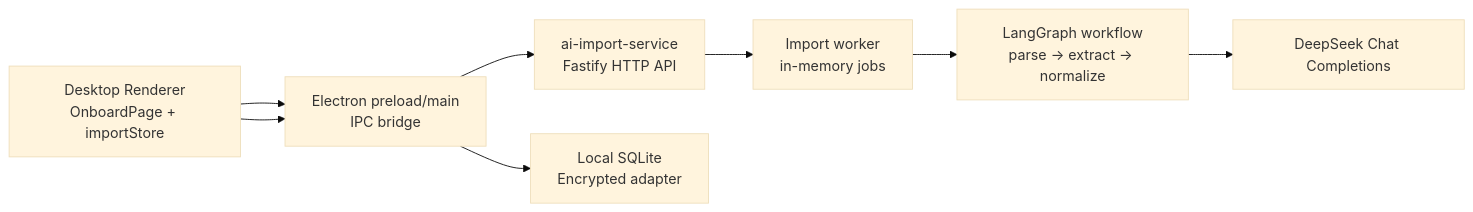
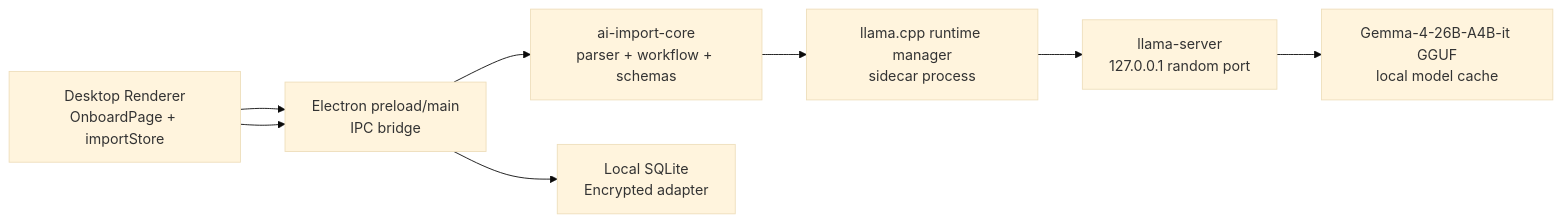
Before and after one commit to LucasN0820/password-management: the diagram in docs/roadmap/desktop-ai-import.md, drawn with Mermaid (base theme). The commit also changed other lines of this file and 195 other files, not shown here.

````diff
--- a/docs/roadmap/desktop-ai-import.md
+++ b/docs/roadmap/desktop-ai-import.md
@@ -13,18 +26,18 @@
 ```mermaid
 flowchart LR
   UI["Desktop Renderer\nOnboardPage + importStore"]
   IPC["Electron preload/main\nIPC bridge"]
-  Service["ai-import-service\nFastify HTTP API"]
-  Worker["Import worker\nin-memory jobs"]
-  Graph["LangGraph workflow\nparse -> extract -> normalize"]
-  DeepSeek["DeepSeek Chat Completions"]
+  Core["ai-import-core\nparser + workflow + schemas"]
+  Runtime["llama.cpp runtime manager\nsidecar process"]
+  Llama["llama-server\n127.0.0.1 random port"]
+  Model["Gemma-4-26B-A4B-it GGUF\nlocal model cache"]
   DB["Local SQLite\nEncrypted adapter"]
 
   UI --> IPC
-  IPC --> Service
-  Service --> Worker
-  Worker --> Graph
-  Graph --> DeepSeek
+  IPC --> Core
+  Core --> Runtime
+  Runtime --> Llama
+  Llama --> Model
   UI --> IPC
   IPC --> DB
 ```
````
